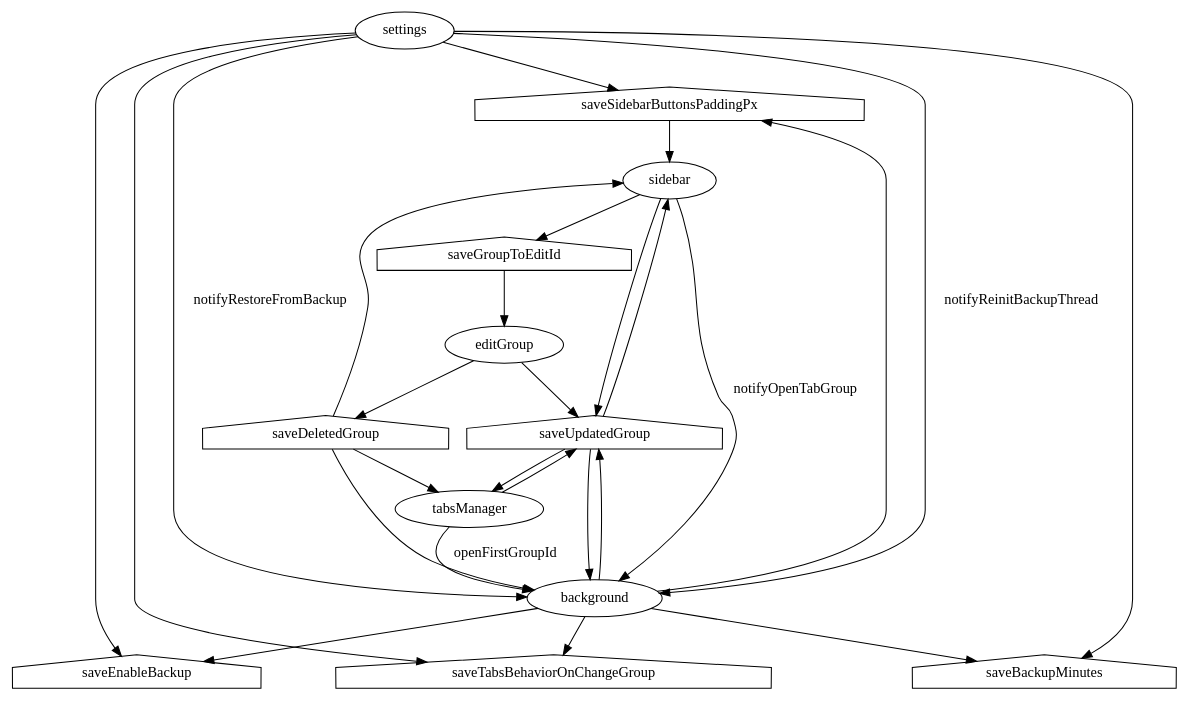
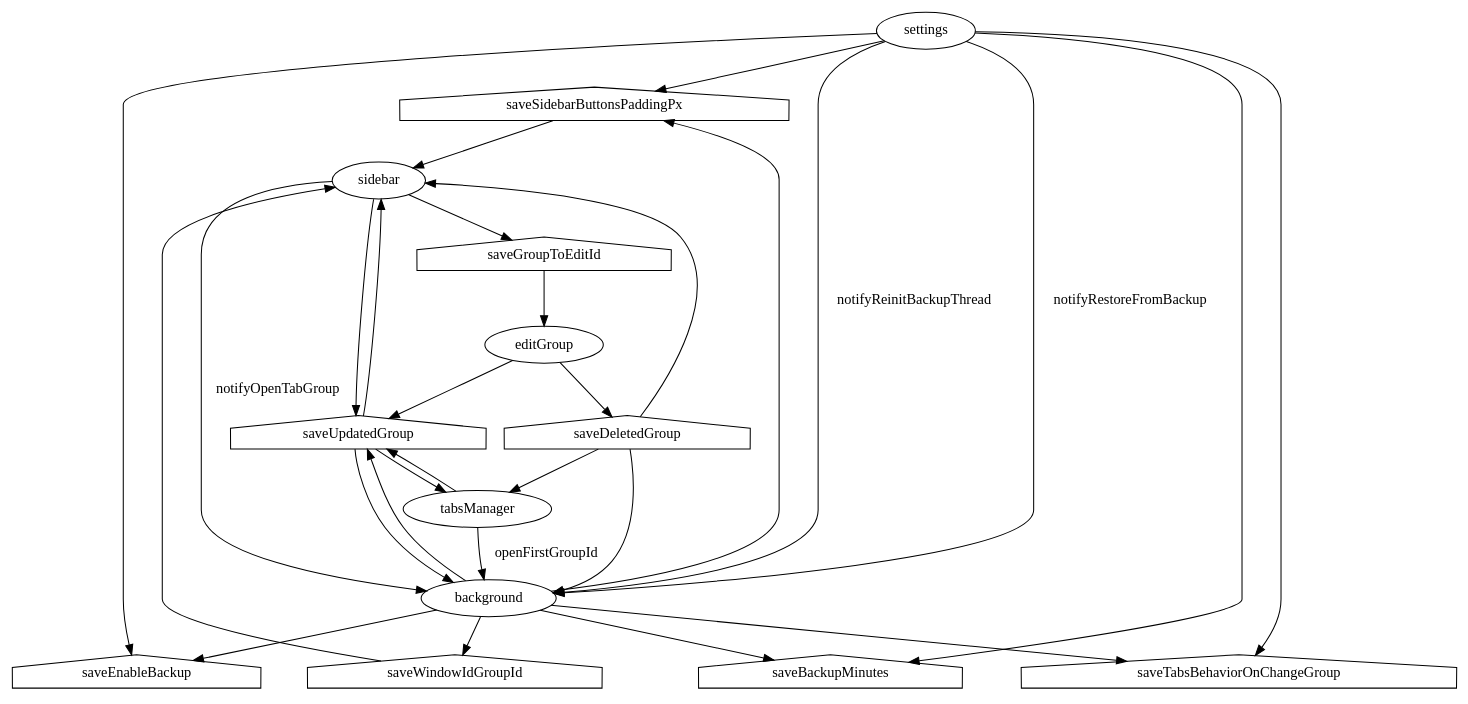
One commit to EoinKanro/sidebar-tab-groups changed the diagram in SCHEME.dot. Above: the diagram before and after it, drawn with Graphviz.

```diff
--- a/SCHEME.dot
+++ b/SCHEME.dot
@@ -1,46 +1,49 @@
 digraph G {
 
   saveSidebarButtonsPaddingPx [ shape=house ];
   saveEnableBackup [ shape=house ];
   saveBackupMinutes [ shape=house ];
   saveTabsBehaviorOnChangeGroup [ shape=house ];
   saveDeletedGroup [ shape=house ];
   saveUpdatedGroup [ shape=house ];
   saveGroupToEditId [ shape=house ];
+  saveWindowIdGroupId [ shape=house ];
 
   settings -> saveSidebarButtonsPaddingPx;
   settings -> saveEnableBackup;
   settings -> saveBackupMinutes;
   settings -> saveTabsBehaviorOnChangeGroup;
 
   settings -> background [ label = notifyReinitBackupThread ];
   settings -> background [ label = notifyRestoreFromBackup ];
 
   editGroup -> saveDeletedGroup;
   editGroup -> saveUpdatedGroup;
 
   saveGroupToEditId -> editGroup;
 
   tabsManager -> saveUpdatedGroup;
   tabsManager -> background [ label = openFirstGroupId ];
 
   saveUpdatedGroup -> tabsManager;
   saveDeletedGroup -> tabsManager;
 
   sidebar -> background [ label = notifyOpenTabGroup ];
   sidebar -> saveUpdatedGroup;
   sidebar -> saveGroupToEditId;
 
   saveUpdatedGroup -> sidebar;
   saveDeletedGroup -> sidebar;
   saveSidebarButtonsPaddingPx -> sidebar;
+  saveWindowIdGroupId -> sidebar;
 
   background -> saveBackupMinutes;
   background -> saveEnableBackup;
   background -> saveSidebarButtonsPaddingPx;
   background -> saveTabsBehaviorOnChangeGroup;
   background -> saveUpdatedGroup;
+  background -> saveWindowIdGroupId;
 
   saveDeletedGroup -> background;
   saveUpdatedGroup -> background;
 }
```
